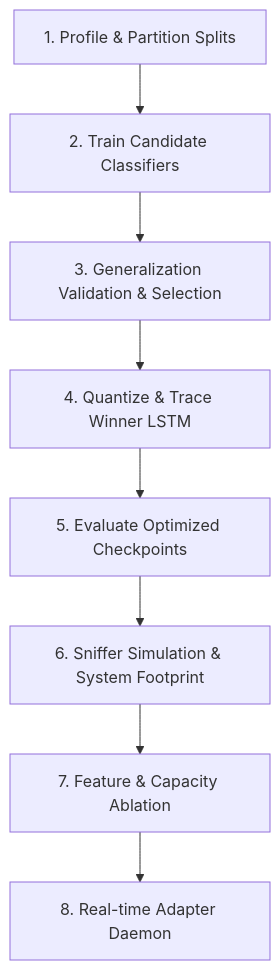
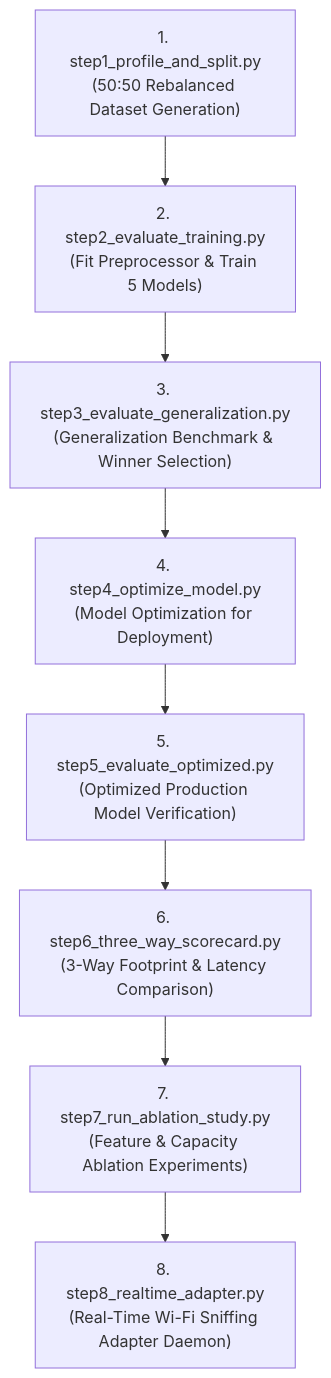
The diagram in README.md (sushanth-arun/iot23-botnet-detection), drawn with Mermaid before and after one commit. The commit also changed other lines of this file, not shown here.

Commit message:
Update README.md with comprehensive documentation for modular project layout, 5 candidate models, and 50:50 balanced scorecards

````diff
--- a/README.md
+++ b/README.md
@@ -12,10 +49,10 @@
 ```mermaid
 graph TD
-    Step1[1. Profile & Partition Splits] --> Step2[2. Train Candidate Classifiers]
-    Step2 --> Step3[3. Generalization Validation & Selection]
-    Step3 --> Step4[4. Quantize & Trace Winner LSTM]
-    Step4 --> Step5[5. Evaluate Optimized Checkpoints]
-    Step5 --> Step6[6. Sniffer Simulation & System Footprint]
-    Step6 --> Step7[7. Feature & Capacity Ablation]
-    Step7 --> Step8[8. Real-time Adapter Daemon]
+    Step1["1. step1_profile_and_split.py<br/>(50:50 Rebalanced Dataset Generation)"] --> Step2["2. step2_evaluate_training.py<br/>(Fit Preprocessor & Train 5 Models)"]
+    Step2 --> Step3["3. step3_evaluate_generalization.py<br/>(Generalization Benchmark & Winner Selection)"]
+    Step3 --> Step4["4. step4_optimize_model.py<br/>(Model Optimization for Deployment)"]
+    Step4 --> Step5["5. step5_evaluate_optimized.py<br/>(Optimized Production Model Verification)"]
+    Step5 --> Step6["6. step6_three_way_scorecard.py<br/>(3-Way Footprint & Latency Comparison)"]
+    Step6 --> Step7["7. step7_run_ablation_study.py<br/>(Feature & Capacity Ablation Experiments)"]
+    Step7 --> Step8["8. step8_realtime_adapter.py<br/>(Real-Time Wi-Fi Sniffing Adapter Daemon)"]
 ```
````
